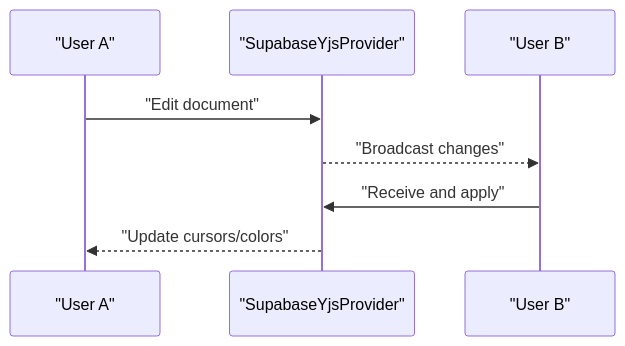
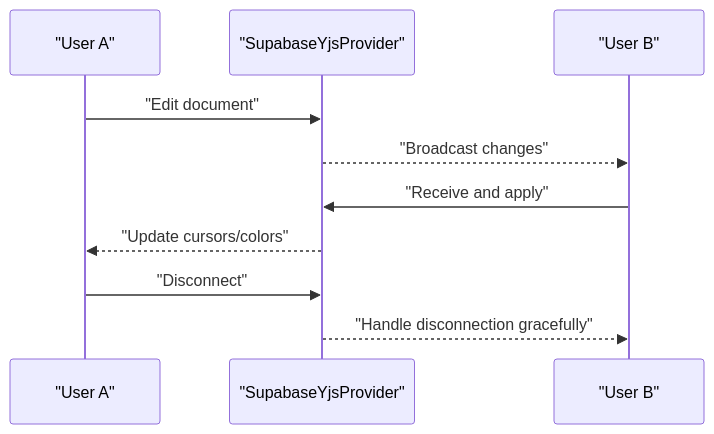
Before and after one commit to SinesysTech/zattar-os: the fifth of 8 diagrams in .qoder/repowiki/en/content/Document Management and AI Editor/AI-Assisted Document Editing.md, drawn with Mermaid. The commit also changed other lines of this file and 4 other files, not shown here.

````diff
--- a/.qoder/repowiki/en/content/Document Management and AI Editor/AI-Assisted Document Editing.md
+++ b/.qoder/repowiki/en/content/Document Management and AI Editor/AI-Assisted Document Editing.md
@@ -261,10 +289,12 @@
 ```mermaid
 sequenceDiagram
 participant UserA as "User A"
 participant Yjs as "SupabaseYjsProvider"
 participant UserB as "User B"
 UserA->>Yjs : "Edit document"
 Yjs-->>UserB : "Broadcast changes"
 UserB->>Yjs : "Receive and apply"
 Yjs-->>UserA : "Update cursors/colors"
+UserA->>Yjs : "Disconnect"
+Yjs-->>UserB : "Handle disconnection gracefully"
 ```
````
